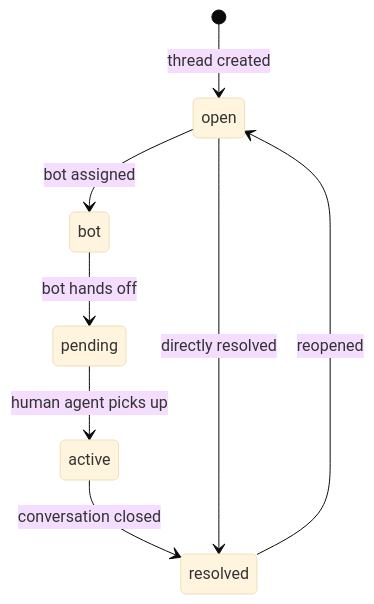
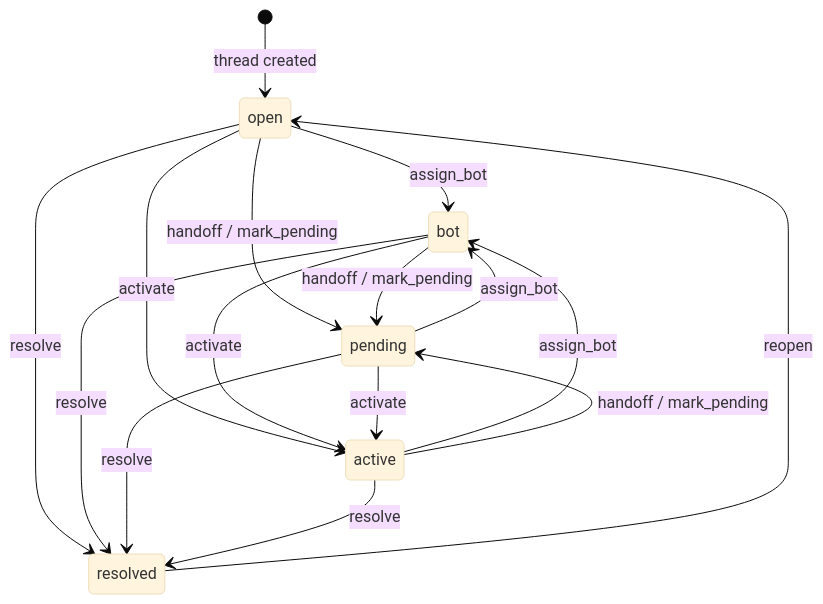
The first of 5 diagrams in docs/chat/reference/concepts.md (sahilpohare/pingerchips-docs), drawn with Mermaid (base theme) before and after one commit. The commit also changed other lines of this file and 12 other files, not shown here.

````diff
--- a/docs/chat/reference/concepts.md
+++ b/docs/chat/reference/concepts.md
@@ -29,10 +44,18 @@
 ```mermaid
 stateDiagram-v2
     [*] --> open : thread created
-    open --> bot : bot assigned
-    bot --> pending : bot hands off
-    pending --> active : human agent picks up
-    active --> resolved : conversation closed
-    resolved --> open : reopened
-    open --> resolved : directly resolved
+    open --> bot : assign_bot
+    open --> pending : handoff / mark_pending
+    open --> active : activate
+    bot --> pending : handoff / mark_pending
+    bot --> active : activate
+    pending --> bot : assign_bot
+    pending --> active : activate
+    active --> bot : assign_bot
+    active --> pending : handoff / mark_pending
+    open --> resolved : resolve
+    bot --> resolved : resolve
+    pending --> resolved : resolve
+    active --> resolved : resolve
+    resolved --> open : reopen
 ```
````
